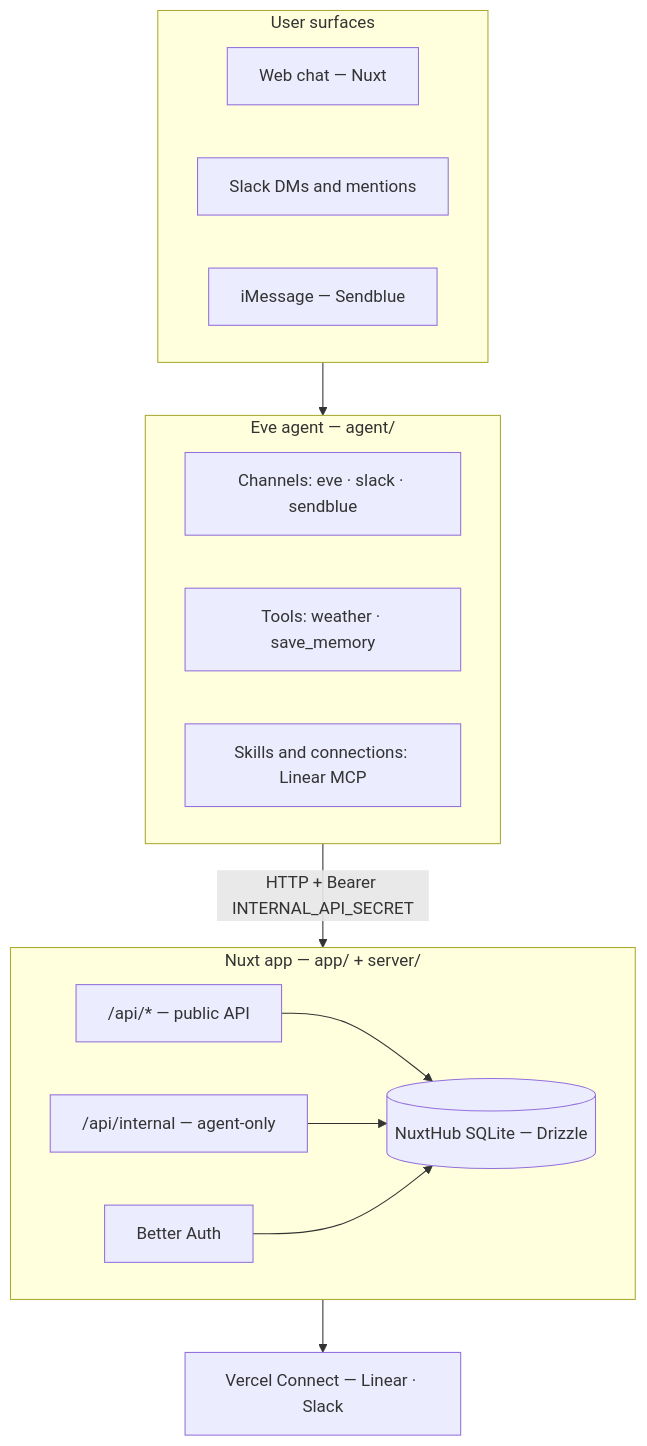
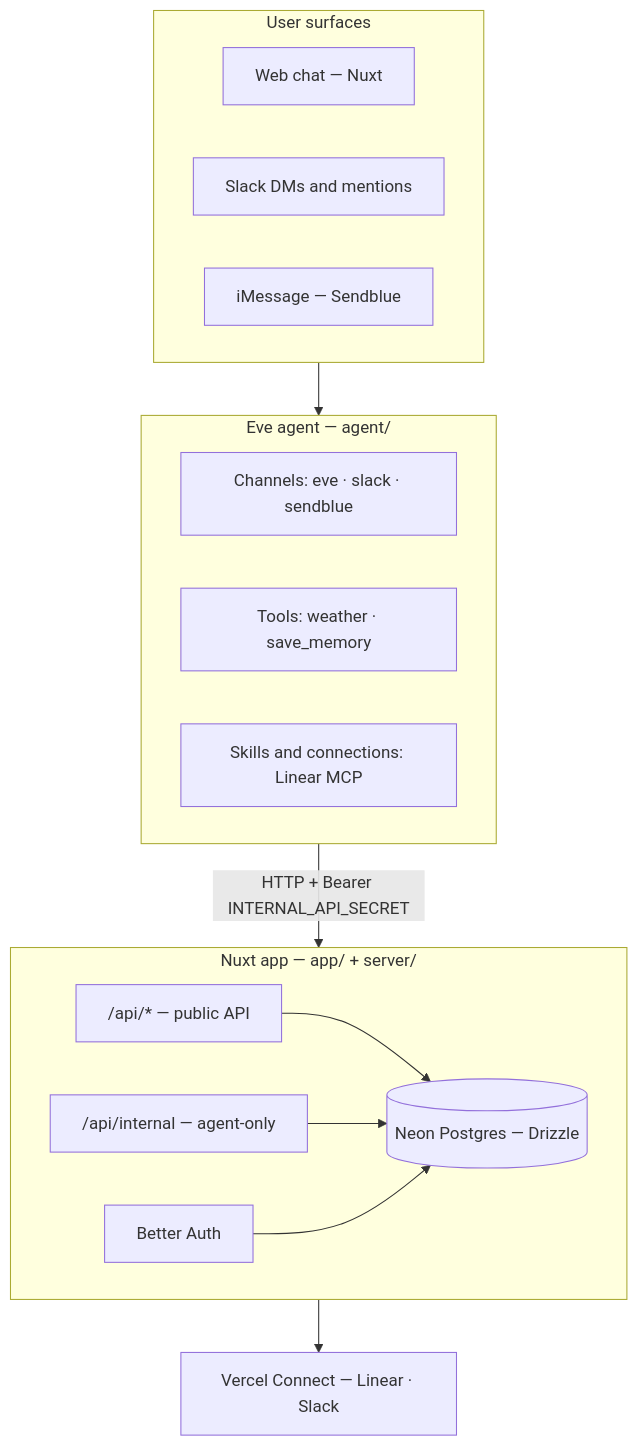
One commit to jakerains/KainBot changed the diagram in docs/ARCHITECTURE.md. Above: the diagram before and after it, drawn with Mermaid. The commit also changed other lines of this file and 2 other files, not shown here.

Commit message:
docs: replace stale NuxtHub/SQLite references with Neon Postgres
Code was already fully migrated; this fixes README + docs/ARCHITECTURE + docs/ENVIRONMENT prose/diagrams that still described the old database. Framework 'Nuxt' references are correct and unchanged.

````diff
--- a/docs/ARCHITECTURE.md
+++ b/docs/ARCHITECTURE.md
@@ -11,30 +11,30 @@
 ```mermaid
 flowchart TB
   subgraph surfaces [User surfaces]
     web[Web chat — Nuxt]
     slack[Slack DMs and mentions]
     imessage[iMessage — Sendblue]
   end
 
   subgraph eve [Eve agent — agent/]
     channels[Channels: eve · slack · sendblue]
     tools[Tools: weather · save_memory]
     skills[Skills and connections: Linear MCP]
   end
 
   subgraph nuxt [Nuxt app — app/ + server/]
     api["/api/* — public API"]
     internal["/api/internal — agent-only"]
     auth[Better Auth]
-    db[(NuxtHub SQLite — Drizzle)]
+    db[(Neon Postgres — Drizzle)]
   end
 
   connect[Vercel Connect — Linear · Slack]
 
   surfaces --> eve
   eve -->|"HTTP + Bearer INTERNAL_API_SECRET"| nuxt
   api --> db
   internal --> db
   auth --> db
   nuxt --> connect
 ```
````
